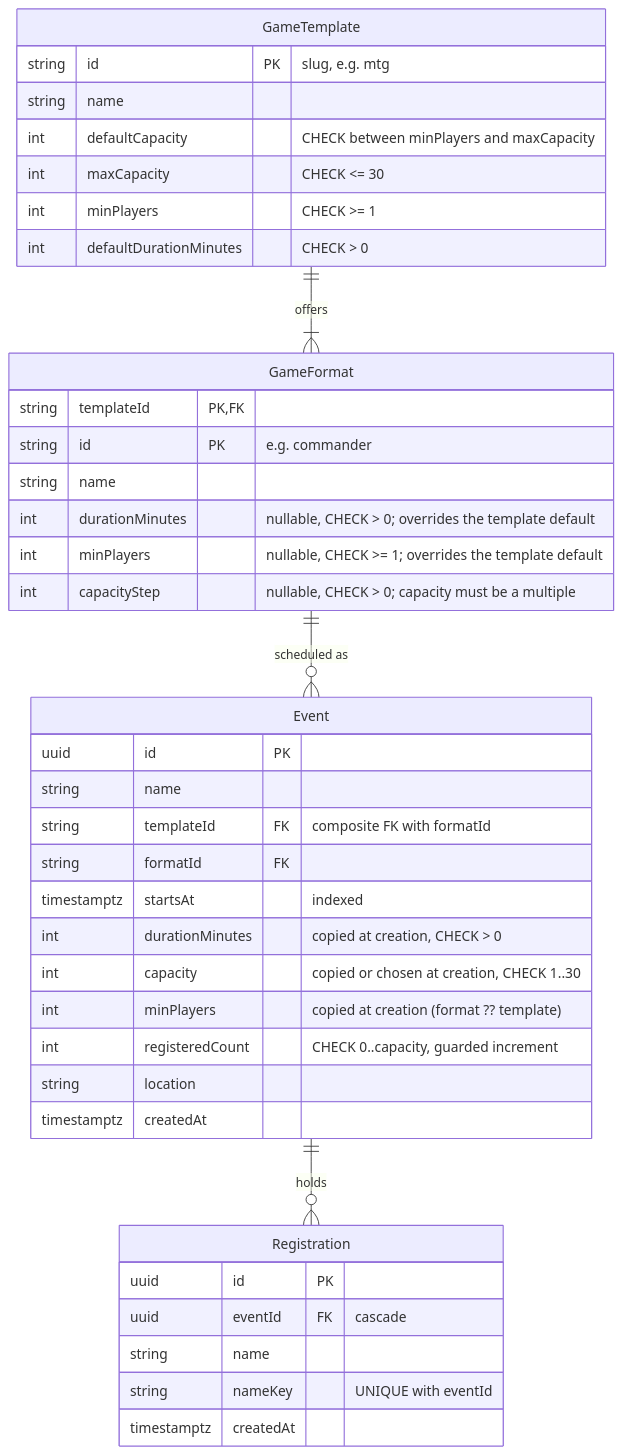
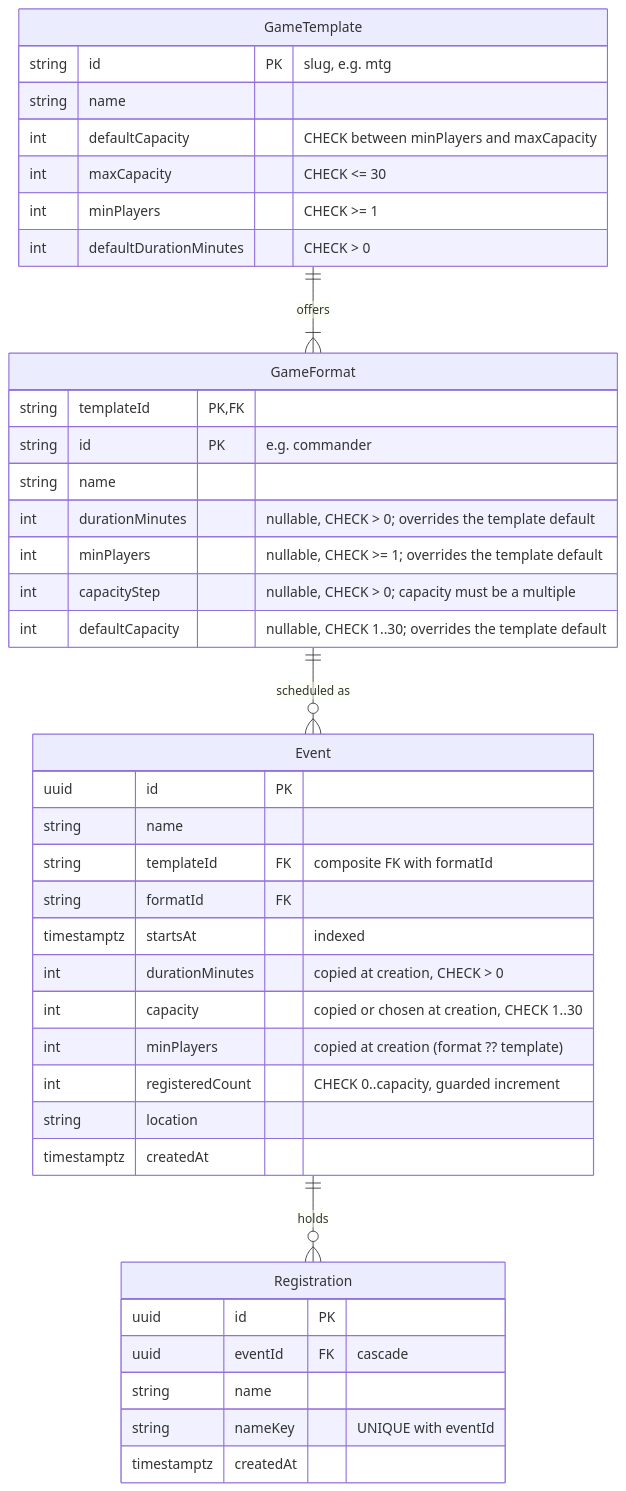
The second of 2 diagrams in docs/ARCHITECTURE.md (jjwinskill/wotc-tcg-events), drawn with Mermaid before and after one commit. The commit also changed other lines of this file and 5 other files, not shown here.

````diff
--- a/docs/ARCHITECTURE.md
+++ b/docs/ARCHITECTURE.md
@@ -55,43 +55,44 @@
 ```mermaid
 erDiagram
   GameTemplate ||--|{ GameFormat : "offers"
   GameFormat ||--o{ Event : "scheduled as"
   Event ||--o{ Registration : "holds"
 
   GameTemplate {
     string id PK "slug, e.g. mtg"
     string name
     int defaultCapacity "CHECK between minPlayers and maxCapacity"
     int maxCapacity "CHECK <= 30"
     int minPlayers "CHECK >= 1"
     int defaultDurationMinutes "CHECK > 0"
   }
   GameFormat {
     string templateId PK, FK
     string id PK "e.g. commander"
     string name
     int durationMinutes "nullable, CHECK > 0; overrides the template default"
     int minPlayers "nullable, CHECK >= 1; overrides the template default"
     int capacityStep "nullable, CHECK > 0; capacity must be a multiple"
+    int defaultCapacity "nullable, CHECK 1..30; overrides the template default"
   }
   Event {
     uuid id PK
     string name
     string templateId FK "composite FK with formatId"
     string formatId FK
     timestamptz startsAt "indexed"
     int durationMinutes "copied at creation, CHECK > 0"
     int capacity "copied or chosen at creation, CHECK 1..30"
     int minPlayers "copied at creation (format ?? template)"
     int registeredCount "CHECK 0..capacity, guarded increment"
     string location
     timestamptz createdAt
   }
   Registration {
     uuid id PK
     uuid eventId FK "cascade"
     string name
     string nameKey "UNIQUE with eventId"
     timestamptz createdAt
   }
 ```
````
